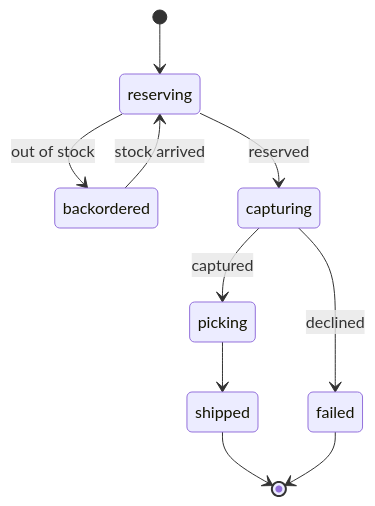
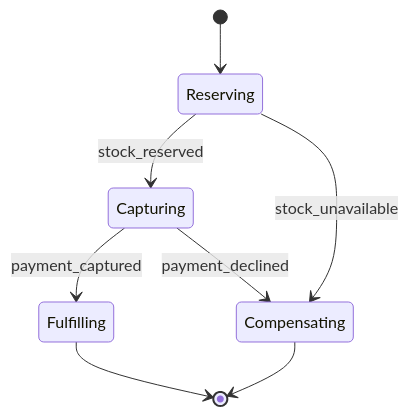
One commit to agent-ix/spec-objects-business changed the third of 3 diagrams in spec_objects_business/skeletons/process.md. Above: the diagram before and after it, drawn with Mermaid. The commit also changed other lines of this file and 90 other files, not shown here.

First line of the commit message:
feat: emit typed declaration schemas and make every skeleton executable

````diff
--- a/spec_objects_business/skeletons/process.md
+++ b/spec_objects_business/skeletons/process.md
@@ -40,12 +80,10 @@
 ```mermaid
 stateDiagram-v2
-    [*] --> reserving
-    reserving --> backordered: out of stock
-    reserving --> capturing: reserved
-    backordered --> reserving: stock arrived
-    capturing --> failed: declined
-    capturing --> picking: captured
-    picking --> shipped
-    shipped --> [*]
-    failed --> [*]
+    [*] --> Reserving
+    Reserving --> Capturing: stock_reserved
+    Reserving --> Compensating: stock_unavailable
+    Capturing --> Fulfilling: payment_captured
+    Capturing --> Compensating: payment_declined
+    Fulfilling --> [*]
+    Compensating --> [*]
 ```
````
